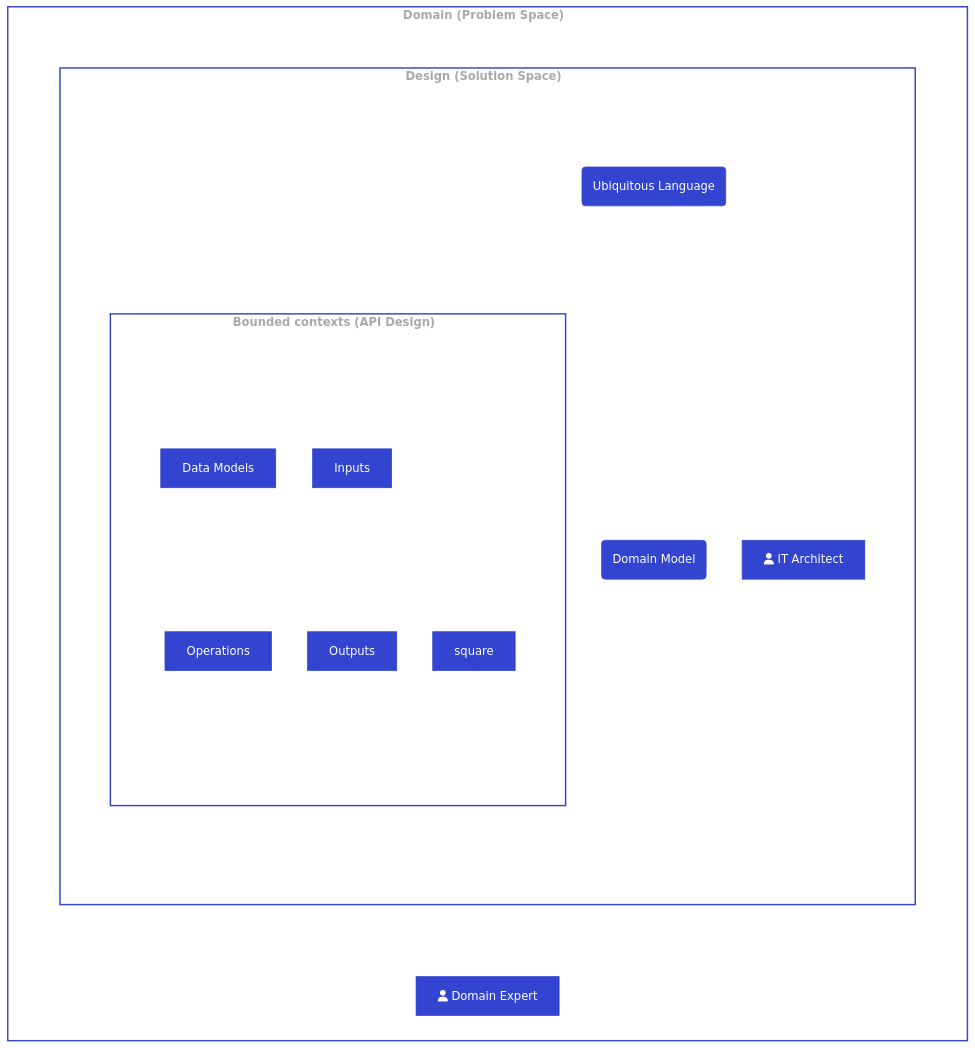
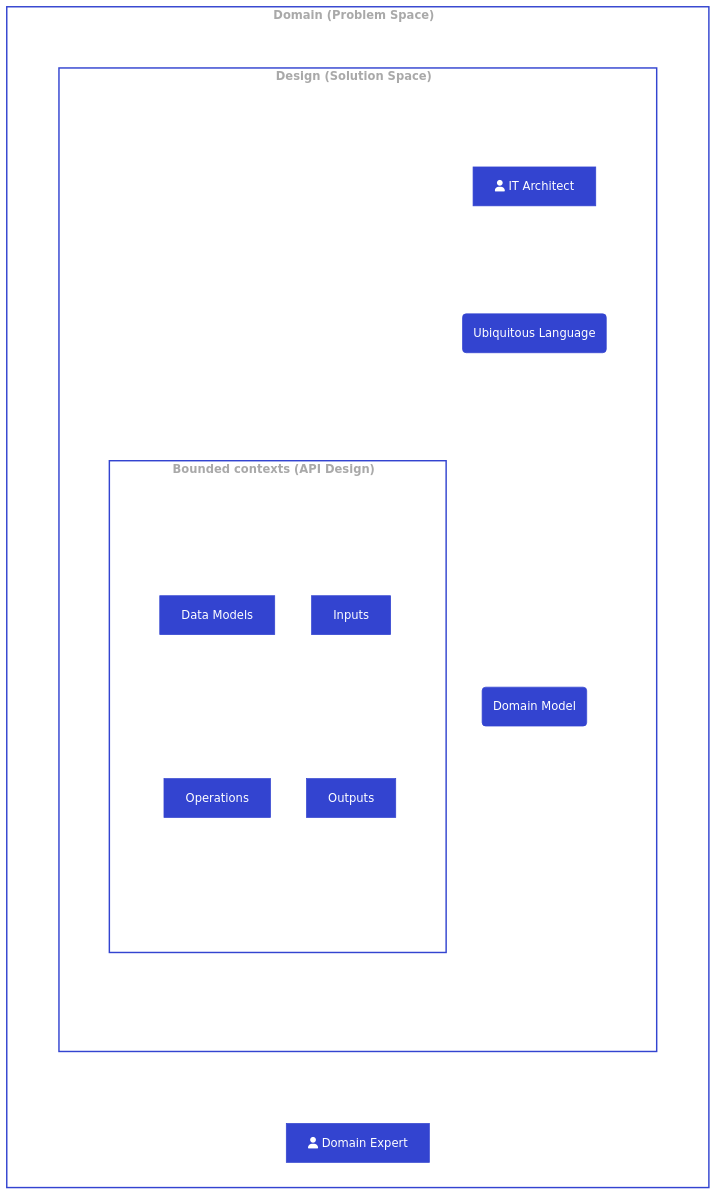
The first of 9 diagrams in semantics-ddd/index.md (ioggstream/papers), drawn with Mermaid (neutral theme) before and after one commit. The commit also changed other lines of this file, not shown here.

````diff
--- a/semantics-ddd/index.md
+++ b/semantics-ddd/index.md
@@ -55,45 +67,45 @@
 ```{mermaid}
 graph TD
  classDef cluster font-weight: bold,fill:none,color:darkgray,stroke:#3344d0,stroke-width:2px
 
  classDef default fill:#3344d0,stroke:#3344d0,color:#fff,clusterBkg:none
  classDef subgraph_padding fill:none, stroke:none
 
  subgraph BC ["Bounded contexts (API Design) &nbsp;"]
  subgraph Padder2 [ ]
 
     DataModel[Data Models] ---
     Operations
     Inputs ---
 
     Outputs
     %% Using linkStyle and --- links to display items as a
-    square
+    %% square
     linkStyle 0 stroke:none
     linkStyle 1 stroke:none
     end
     end
 
  subgraph Sol["Design (Solution Space) &nbsp;"]
  subgraph Padder3 [ ]
+    T[fa:fa-user IT Architect] ---
     UL(Ubiquitous Language) ---
     DM(Domain Model)
     BC
-    linkStyle 2 stroke:none
-    T[fa:fa-user IT Architect]
+    linkStyle 2,3 stroke:none
  end
  end
 
  subgraph Domain["Domain (Problem Space) &nbsp;"]
     D[fa:fa-user Domain Expert]
     %% --- Ontologies
 
     %% linkStyle 3 stroke:none
     subgraph Padder1 [ ]
         Sol
     end
 end
 
  %% Padders avoid overflows in subgraphs.
  class Padder1,Padder2,Padder3 subgraph_padding
 ```
````
